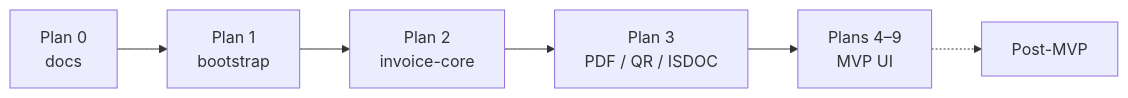
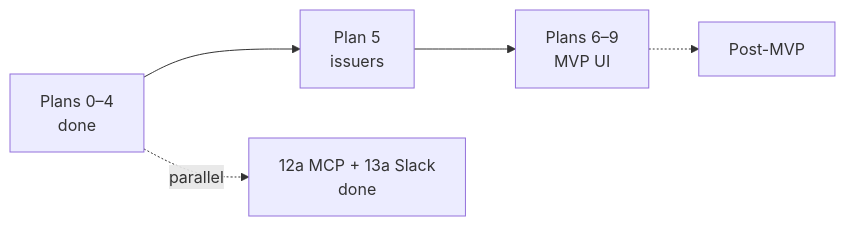
One commit to filipditrich/inveoiceyai changed the second of 2 diagrams in README.md. Above: the diagram before and after it, drawn with Mermaid. The commit also changed other lines of this file and 10 other files, not shown here.

````diff
--- a/README.md
+++ b/README.md
@@ -177,8 +195,7 @@
 ```mermaid
 flowchart LR
-    P0["Plan 0<br/>docs"] --> P1["Plan 1<br/>bootstrap"]
-    P1 --> P2["Plan 2<br/>invoice-core"]
-    P2 --> P3["Plan 3<br/>PDF / QR / ISDOC"]
-    P3 --> PM["Plans 4–9<br/>MVP UI"]
-    PM -.-> Post["Post-MVP"]
+    Done["Plans 0–4<br/>done"] --> P5["Plan 5<br/>issuers"]
+    P5 --> MVP["Plans 6–9<br/>MVP UI"]
+    Done -.parallel.-> Auto["12a MCP + 13a Slack<br/>done"]
+    MVP -.-> Post["Post-MVP"]
 ```
````
